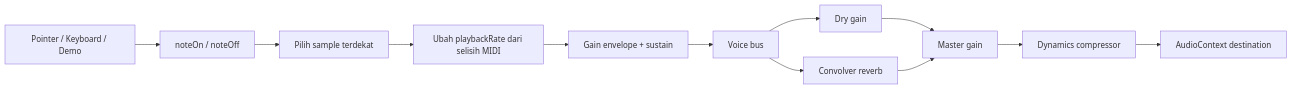
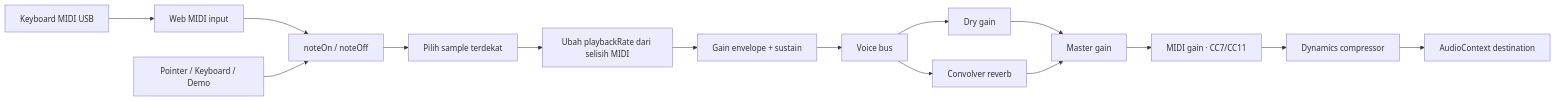
The second of 2 diagrams in README.md (Ikyletwar/grand-piano-88), drawn with Mermaid before and after one commit. The commit also changed other lines of this file and 4 other files, not shown here.

Commit message:
Add Web MIDI input with source-aware voice ownership

````diff
--- a/README.md
+++ b/README.md
@@ -669,14 +724,17 @@
 ```mermaid
 flowchart LR
-  INPUT[Pointer / Keyboard / Demo] --> ENGINE[noteOn / noteOff]
+  MIDI[Keyboard MIDI USB] --> PARSE[Web MIDI input]
+  PARSE --> ENGINE[noteOn / noteOff]
+  INPUT[Pointer / Keyboard / Demo] --> ENGINE
   ENGINE --> PICK[Pilih sample terdekat]
   PICK --> RATE[Ubah playbackRate dari selisih MIDI]
   RATE --> ENV[Gain envelope + sustain]
   ENV --> BUS[Voice bus]
   BUS --> DRY[Dry gain]
   BUS --> VERB[Convolver reverb]
   DRY --> MASTER[Master gain]
   VERB --> MASTER
-  MASTER --> COMP[Dynamics compressor]
+  MASTER --> MIDIVOL[MIDI gain · CC7/CC11]
+  MIDIVOL --> COMP[Dynamics compressor]
   COMP --> OUT[AudioContext destination]
 ```
````
